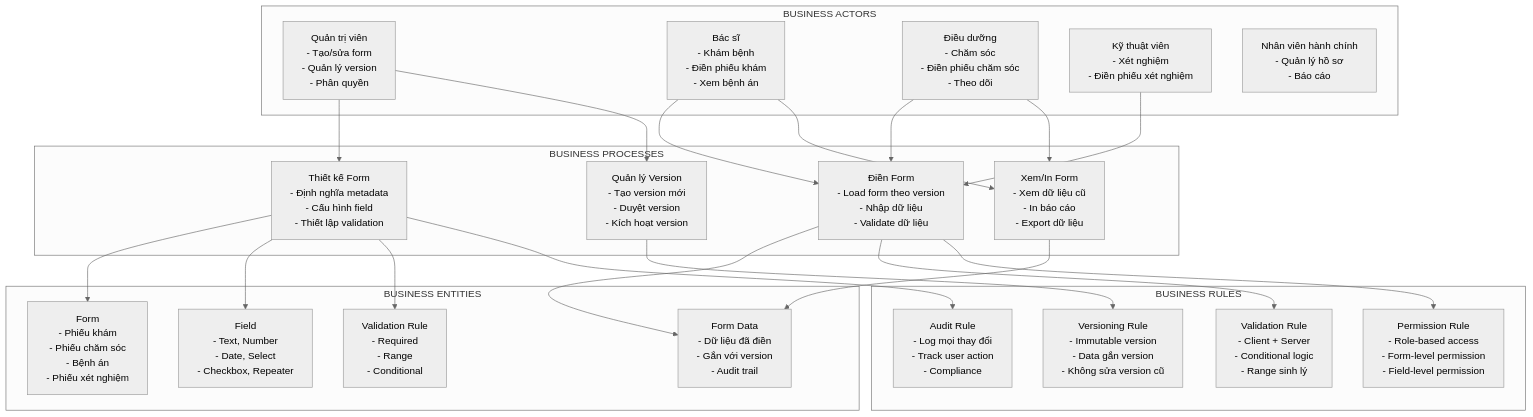
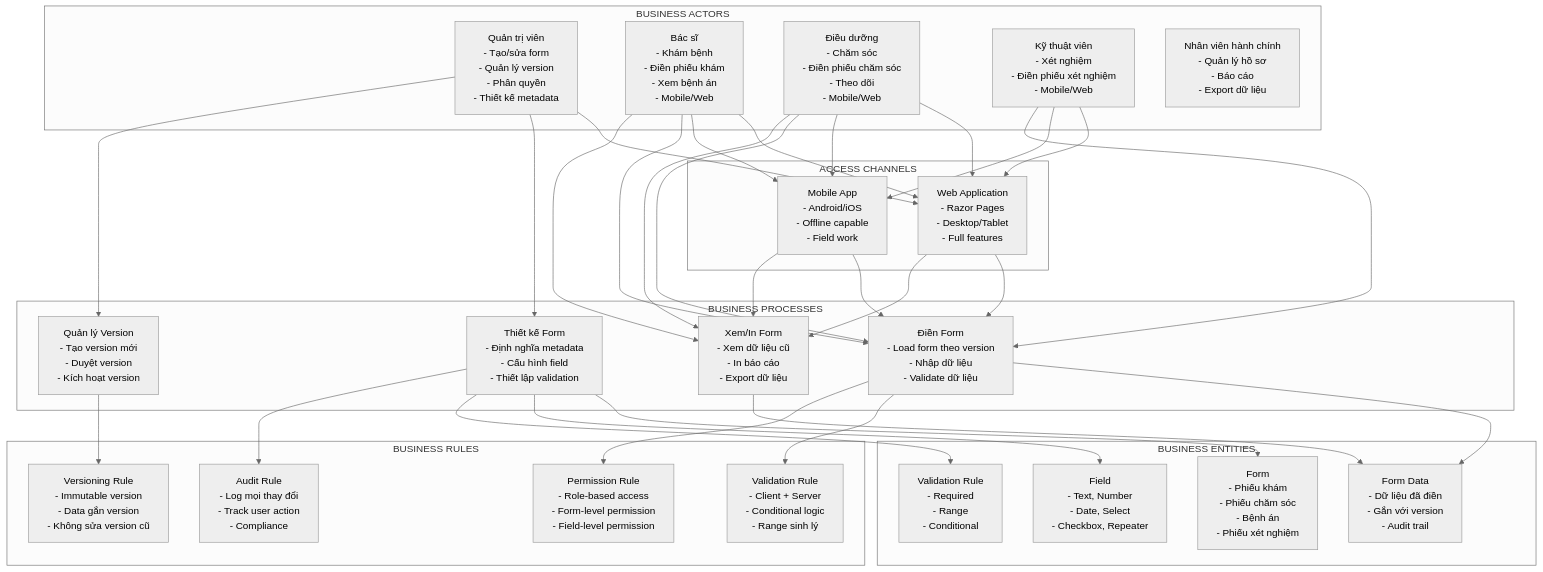
The first of 9 diagrams in DynamicForm/docs/04-BUSINESS-ARCHITECTURE.md (vudu151/DynamicForm), drawn with Mermaid (neutral theme) before and after one commit. The commit also changed other lines of this file and 87 other files, not shown here.

````diff
--- a/DynamicForm/docs/04-BUSINESS-ARCHITECTURE.md
+++ b/DynamicForm/docs/04-BUSINESS-ARCHITECTURE.md
@@ -7,54 +42,71 @@
 ```mermaid
 graph TB
     subgraph "BUSINESS ACTORS"
-        ADMIN[Quản trị viên<br/>- Tạo/sửa form<br/>- Quản lý version<br/>- Phân quyền]
-        DOCTOR[Bác sĩ<br/>- Khám bệnh<br/>- Điền phiếu khám<br/>- Xem bệnh án]
-        NURSE[Điều dưỡng<br/>- Chăm sóc<br/>- Điền phiếu chăm sóc<br/>- Theo dõi]
-        LAB_TECH[Kỹ thuật viên<br/>- Xét nghiệm<br/>- Điền phiếu xét nghiệm]
-        ADMIN_STAFF[Nhân viên hành chính<br/>- Quản lý hồ sơ<br/>- Báo cáo]
+        ADMIN[Quản trị viên<br/>- Tạo/sửa form<br/>- Quản lý version<br/>- Phân quyền<br/>- Thiết kế metadata]
+        DOCTOR[Bác sĩ<br/>- Khám bệnh<br/>- Điền phiếu khám<br/>- Xem bệnh án<br/>- Mobile/Web]
+        NURSE[Điều dưỡng<br/>- Chăm sóc<br/>- Điền phiếu chăm sóc<br/>- Theo dõi<br/>- Mobile/Web]
+        LAB_TECH[Kỹ thuật viên<br/>- Xét nghiệm<br/>- Điền phiếu xét nghiệm<br/>- Mobile/Web]
+        ADMIN_STAFF[Nhân viên hành chính<br/>- Quản lý hồ sơ<br/>- Báo cáo<br/>- Export dữ liệu]
+    end
+    
+    subgraph "ACCESS CHANNELS"
+        WEB[Web Application<br/>- Razor Pages<br/>- Desktop/Tablet<br/>- Full features]
+        MOBILE[Mobile App<br/>- Android/iOS<br/>- Offline capable<br/>- Field work]
     end
     
     subgraph "BUSINESS PROCESSES"
         FORM_DESIGN[Thiết kế Form<br/>- Định nghĩa metadata<br/>- Cấu hình field<br/>- Thiết lập validation]
         FORM_VERSIONING[Quản lý Version<br/>- Tạo version mới<br/>- Duyệt version<br/>- Kích hoạt version]
         FORM_FILLING[Điền Form<br/>- Load form theo version<br/>- Nhập dữ liệu<br/>- Validate dữ liệu]
         FORM_REVIEW[Xem/In Form<br/>- Xem dữ liệu cũ<br/>- In báo cáo<br/>- Export dữ liệu]
     end
     
     subgraph "BUSINESS ENTITIES"
         FORM_ENTITY[Form<br/>- Phiếu khám<br/>- Phiếu chăm sóc<br/>- Bệnh án<br/>- Phiếu xét nghiệm]
         FIELD_ENTITY[Field<br/>- Text, Number<br/>- Date, Select<br/>- Checkbox, Repeater]
         VALIDATION_ENTITY[Validation Rule<br/>- Required<br/>- Range<br/>- Conditional]
         DATA_ENTITY[Form Data<br/>- Dữ liệu đã điền<br/>- Gắn với version<br/>- Audit trail]
     end
     
     subgraph "BUSINESS RULES"
         RULE_VERSION[Versioning Rule<br/>- Immutable version<br/>- Data gắn version<br/>- Không sửa version cũ]
         RULE_VALIDATION[Validation Rule<br/>- Client + Server<br/>- Conditional logic<br/>- Range sinh lý]
         RULE_PERMISSION[Permission Rule<br/>- Role-based access<br/>- Form-level permission<br/>- Field-level permission]
         RULE_AUDIT[Audit Rule<br/>- Log mọi thay đổi<br/>- Track user action<br/>- Compliance]
     end
     
+    ADMIN --> WEB
     ADMIN --> FORM_DESIGN
     ADMIN --> FORM_VERSIONING
     
+    DOCTOR --> WEB
+    DOCTOR --> MOBILE
     DOCTOR --> FORM_FILLING
     DOCTOR --> FORM_REVIEW
     
+    NURSE --> WEB
+    NURSE --> MOBILE
     NURSE --> FORM_FILLING
     NURSE --> FORM_REVIEW
     
+    LAB_TECH --> WEB
+    LAB_TECH --> MOBILE
     LAB_TECH --> FORM_FILLING
+    
+    WEB --> FORM_FILLING
+    WEB --> FORM_REVIEW
+    MOBILE --> FORM_FILLING
+    MOBILE --> FORM_REVIEW
     
     FORM_DESIGN --> FORM_ENTITY
     FORM_DESIGN --> FIELD_ENTITY
     FORM_DESIGN --> VALIDATION_ENTITY
     
     FORM_FILLING --> DATA_ENTITY
     FORM_REVIEW --> DATA_ENTITY
     
     FORM_VERSIONING --> RULE_VERSION
     FORM_FILLING --> RULE_VALIDATION
     FORM_FILLING --> RULE_PERMISSION
     FORM_DESIGN --> RULE_AUDIT
 ```
````
